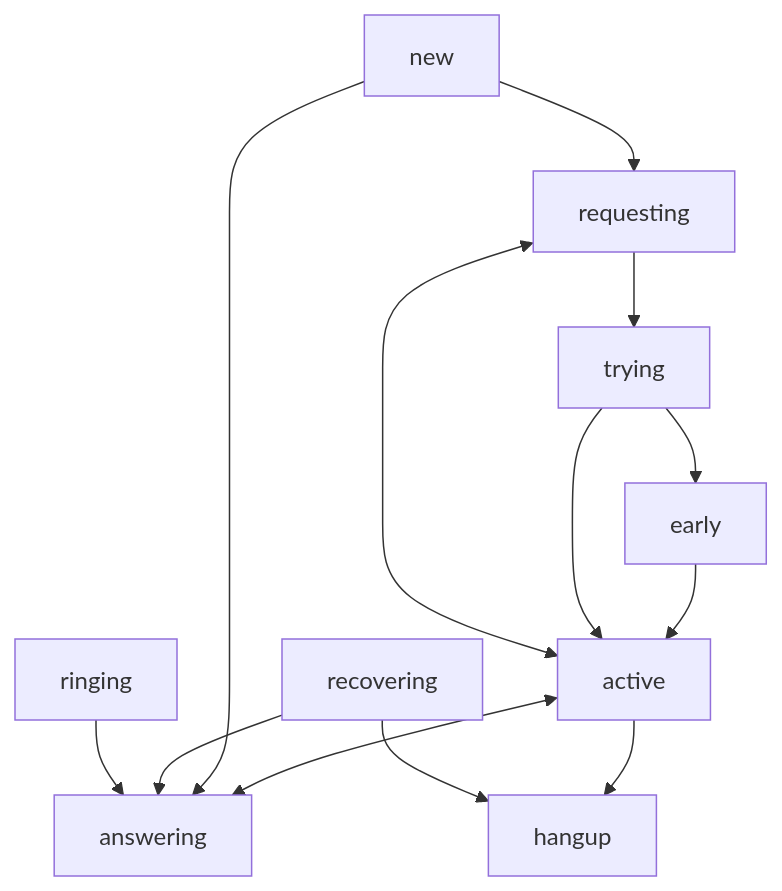
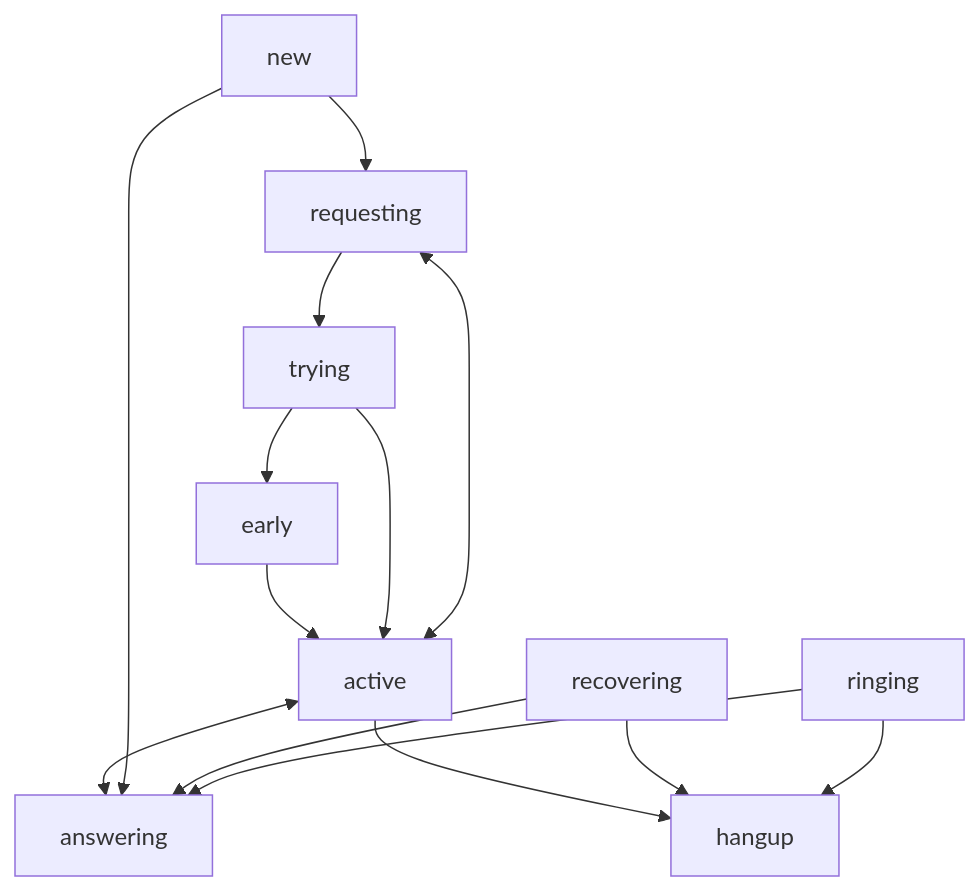
Before and after one commit to bjenning04/foam: the fourth of 4 diagrams in verto-design.md, drawn with Mermaid.

Commit message:
May 4, 2026, 6:02 PM

````diff
--- a/verto-design.md
+++ b/verto-design.md
@@ -318,15 +318,16 @@
 ```mermaid
 flowchart
     new --> requesting
     requesting --> trying
     trying --> early
     requesting <--> active
     trying --> active
     early --> active
     ringing --> answering
     recovering --> answering
     new --> answering
     active <--> answering
+    ringing --> hangup
     recovering --> hangup
     active --> hangup
 ```
````
